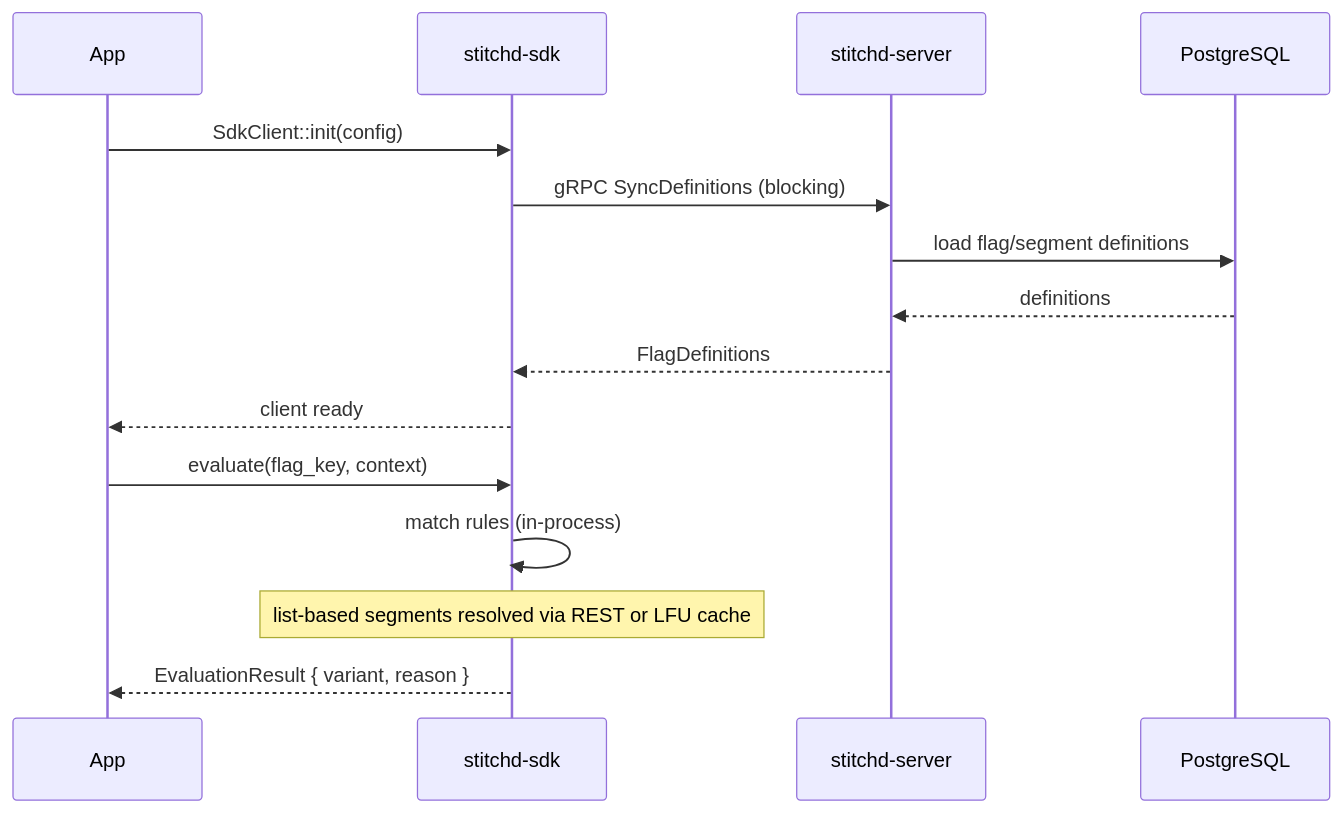
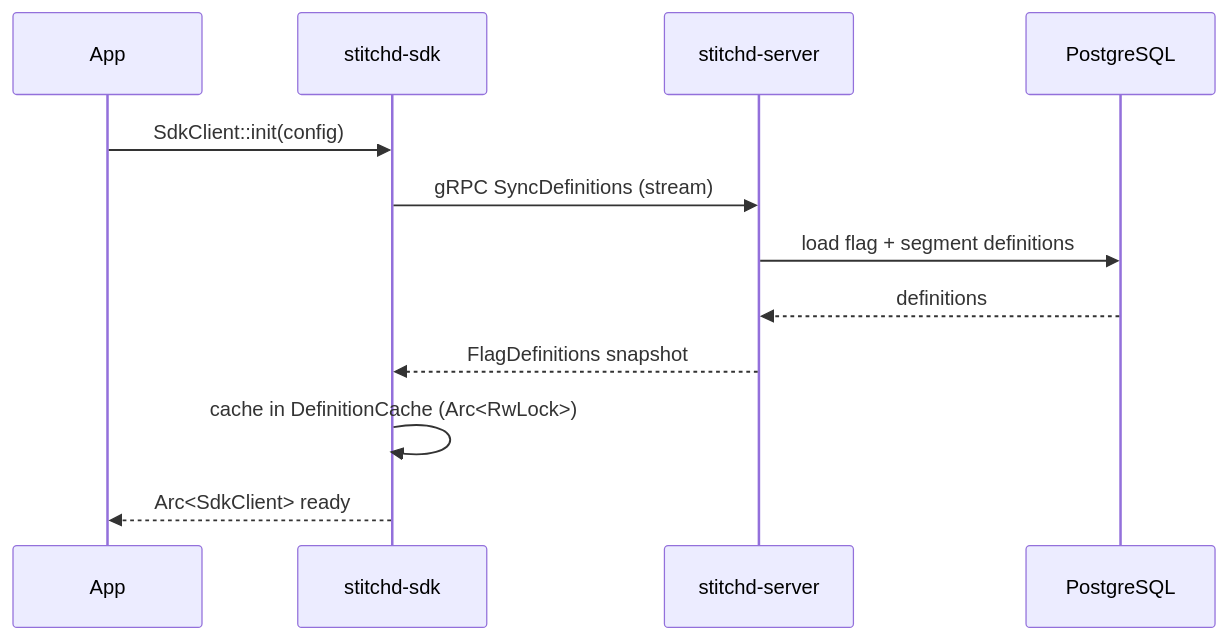
The first of 2 diagrams in docs/src/architecture/evaluation-flow.md (stitchd-dev/feature-flag), drawn with Mermaid before and after one commit. The commit also changed other lines of this file and 13 other files, not shown here.

First line of the commit message:
docs(deployment,architecture,ci): write Phase 5 chapters and add docs-build CI job

````diff
--- a/docs/src/architecture/evaluation-flow.md
+++ b/docs/src/architecture/evaluation-flow.md
@@ -5,19 +8,15 @@
 ```mermaid
 sequenceDiagram
     participant App
     participant SDK as stitchd-sdk
     participant Server as stitchd-server
     participant PG as PostgreSQL
 
     App->>SDK: SdkClient::init(config)
-    SDK->>Server: gRPC SyncDefinitions (blocking)
-    Server->>PG: load flag/segment definitions
+    SDK->>Server: gRPC SyncDefinitions (stream)
+    Server->>PG: load flag + segment definitions
     PG-->>Server: definitions
-    Server-->>SDK: FlagDefinitions
-    SDK-->>App: client ready
-
-    App->>SDK: evaluate(flag_key, context)
-    SDK->>SDK: match rules (in-process)
-    Note over SDK: list-based segments resolved via REST or LFU cache
-    SDK-->>App: EvaluationResult { variant, reason }
+    Server-->>SDK: FlagDefinitions snapshot
+    SDK->>SDK: cache in DefinitionCache (Arc<RwLock>)
+    SDK-->>App: Arc<SdkClient> ready
 ```
````
